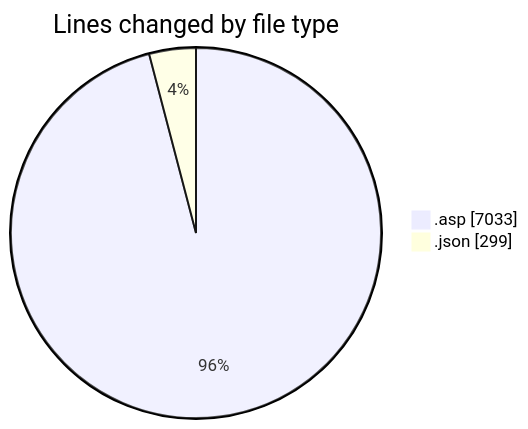
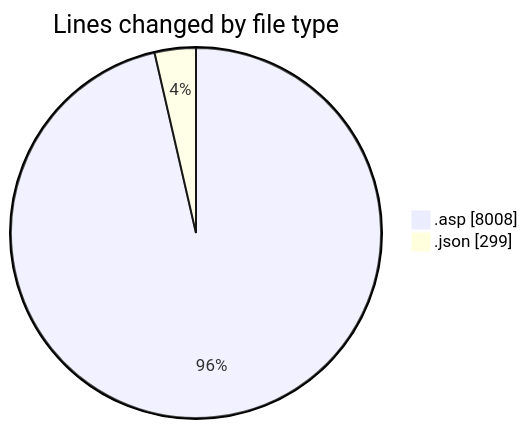
The first of 2 diagrams in 2025-11-15/usr_aleoudev_fr__workspace_/README.md (julien-gomy/code-tracking), drawn with Mermaid before and after one commit. The commit also changed other lines of this file and 1 other file, not shown here.

````diff
--- a/2025-11-15/usr_aleoudev_fr__workspace_/README.md
+++ b/2025-11-15/usr_aleoudev_fr__workspace_/README.md
@@ -26,6 +27,6 @@
 ```mermaid
 pie showData
 title Lines changed by file type
-".asp" : 7033
+".asp" : 8008
 ".json" : 299
 ```
````
